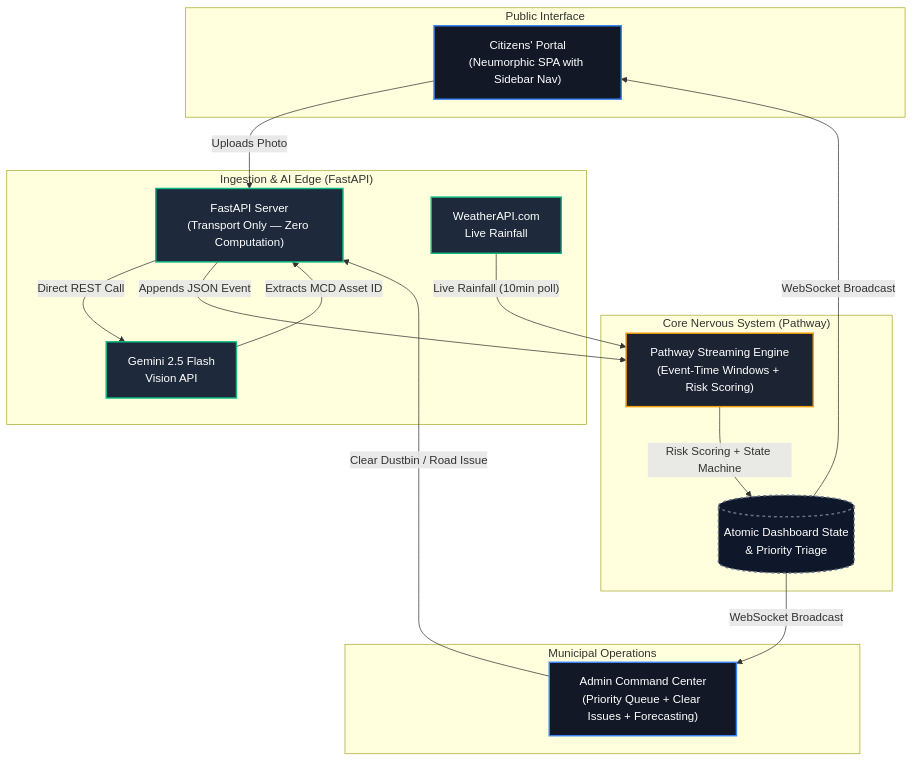
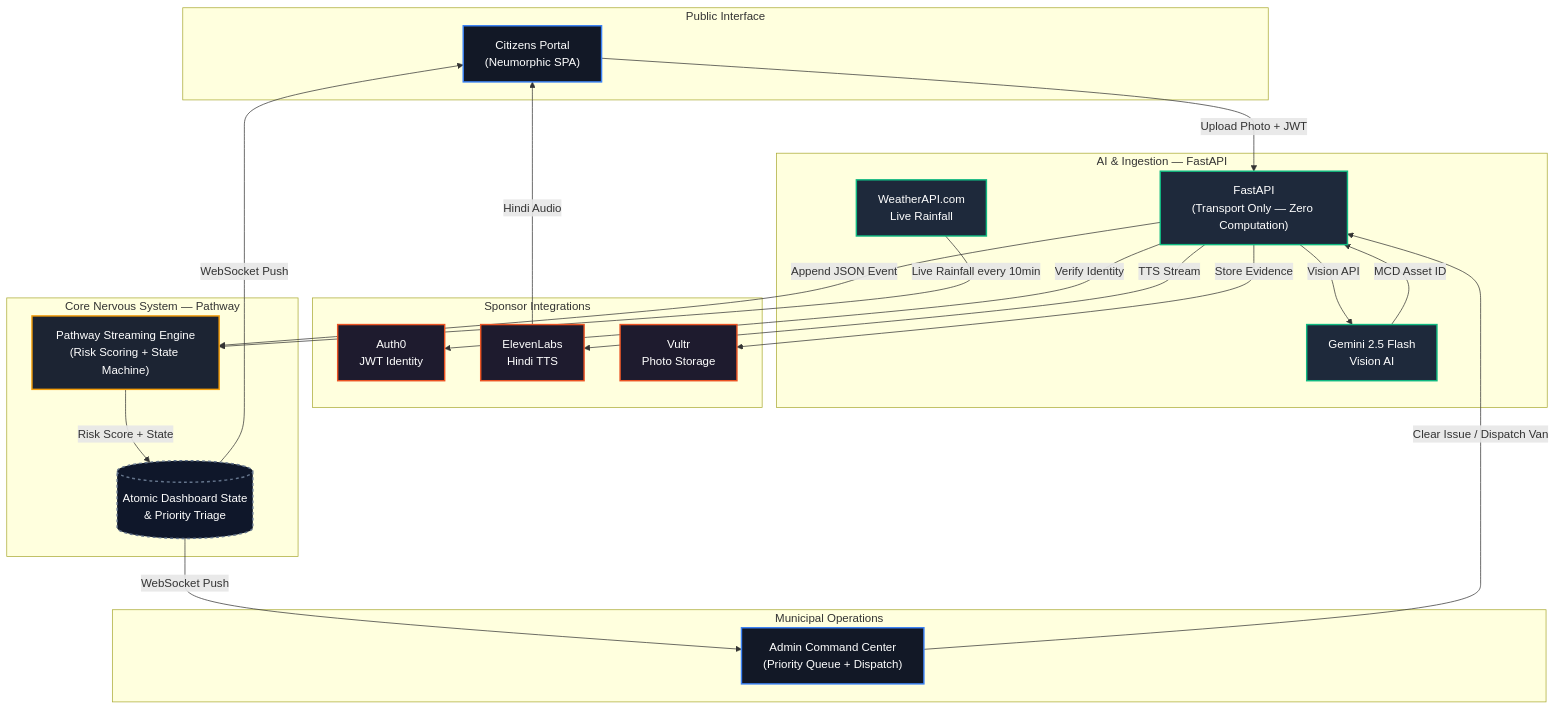
Before and after one commit to gintama1018/HACK-FOR-GREEN-BHARAT-HACKATHON: the first of 3 diagrams in README.md, drawn with Mermaid. The commit also changed other lines of this file, not shown here.

Commit message:
docs: complete README rewrite - sharper narrative, fixed broken tables, all sponsor integrations, full event lifecycle, security table

````diff
--- a/README.md
+++ b/README.md
@@ -125,39 +109,48 @@
 ```mermaid
 graph TD
     classDef portal fill:#121826,stroke:#3B82F6,stroke-width:2px,color:#fff
     classDef ai fill:#1E293B,stroke:#10B981,stroke-width:2px,color:#fff
     classDef engine fill:#1C2433,stroke:#F59E0B,stroke-width:2px,color:#fff
-    classDef state fill:#0F172A,stroke:#64748B,stroke-width:2px,stroke-dasharray: 4 4,color:#fff
+    classDef state fill:#0F172A,stroke:#64748B,stroke-width:2px,stroke-dasharray:4 4,color:#fff
+    classDef sponsor fill:#1E1B2E,stroke:#EB5424,stroke-width:2px,color:#fff
 
     subgraph "Public Interface"
-        citizen["Citizens' Portal<br>(Neumorphic SPA with Sidebar Nav)"]:::portal
+        citizen["Citizens Portal\n(Neumorphic SPA)"]:::portal
     end
 
     subgraph "Municipal Operations"
-        admin["Admin Command Center<br>(Priority Queue + Clear Issues + Forecasting)"]:::portal
+        admin["Admin Command Center\n(Priority Queue + Dispatch)"]:::portal
     end
 
-    subgraph "Ingestion & AI Edge (FastAPI)"
-        api["FastAPI Server<br>(Transport Only — Zero Computation)"]:::ai
-        gemini["Gemini 2.5 Flash<br>Vision API"]:::ai
-        weather["WeatherAPI.com<br>Live Rainfall"]:::ai
+    subgraph "Sponsor Integrations"
+        auth0["Auth0\nJWT Identity"]:::sponsor
+        elevenlabs["ElevenLabs\nHindi TTS"]:::sponsor
+        vultr["Vultr\nPhoto Storage"]:::sponsor
     end
 
-    subgraph "Core Nervous System (Pathway)"
-        pathway["Pathway Streaming Engine<br>(Event-Time Windows + Risk Scoring)"]:::engine
-        state_db[("Atomic Dashboard State<br>& Priority Triage")]:::state
+    subgraph "AI & Ingestion — FastAPI"
+        api["FastAPI\n(Transport Only — Zero Computation)"]:::ai
+        gemini["Gemini 2.5 Flash\nVision AI"]:::ai
+        weather["WeatherAPI.com\nLive Rainfall"]:::ai
     end
 
-    citizen --"Uploads Photo"--> api
-    api --"Direct REST Call"--> gemini
-    gemini --"Extracts MCD Asset ID"--> api
-    api --"Appends JSON Event"--> pathway
+    subgraph "Core Nervous System — Pathway"
+        pathway["Pathway Streaming Engine\n(Risk Scoring + State Machine)"]:::engine
+        state_db[("Atomic Dashboard State\n& Priority Triage")]:::state
+    end
 
-    weather --"Live Rainfall (10min poll)"--> pathway
+    citizen --"Upload Photo + JWT"--> api
+    api --"Verify Identity"--> auth0
+    api --"Vision API"--> gemini
+    gemini --"MCD Asset ID"--> api
+    api --"Store Evidence"--> vultr
+    api --"Append JSON Event"--> pathway
+    api --"TTS Stream"--> elevenlabs
+    elevenlabs --"Hindi Audio"--> citizen
 
-    pathway --"Risk Scoring + State Machine"--> state_db
-    state_db --"WebSocket Broadcast"--> admin
-    state_db --"WebSocket Broadcast"--> citizen
-
-    admin --"Clear Dustbin / Road Issue"--> api
+    weather --"Live Rainfall every 10min"--> pathway
+    pathway --"Risk Score + State"--> state_db
+    state_db --"WebSocket Push"--> admin
+    state_db --"WebSocket Push"--> citizen
+    admin --"Clear Issue / Dispatch Van"--> api
 ```
````
